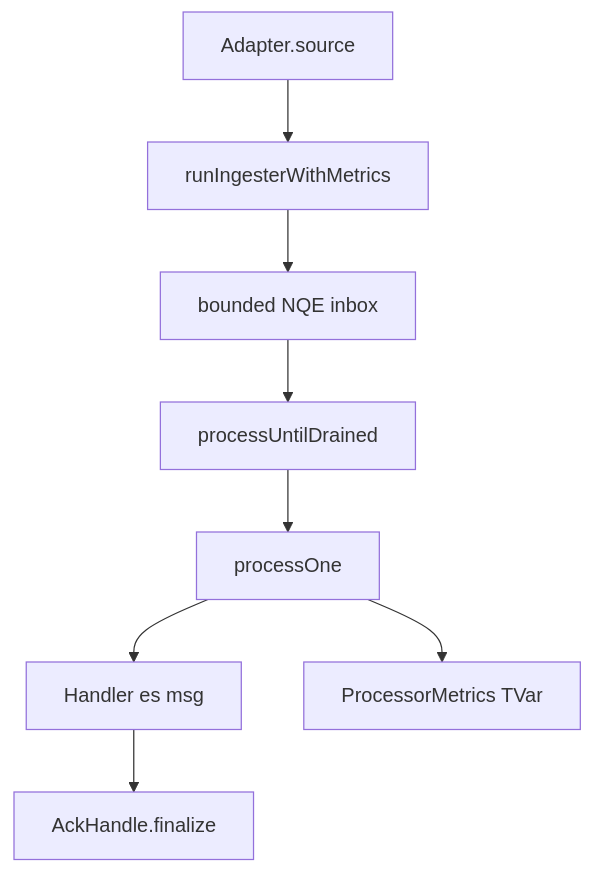
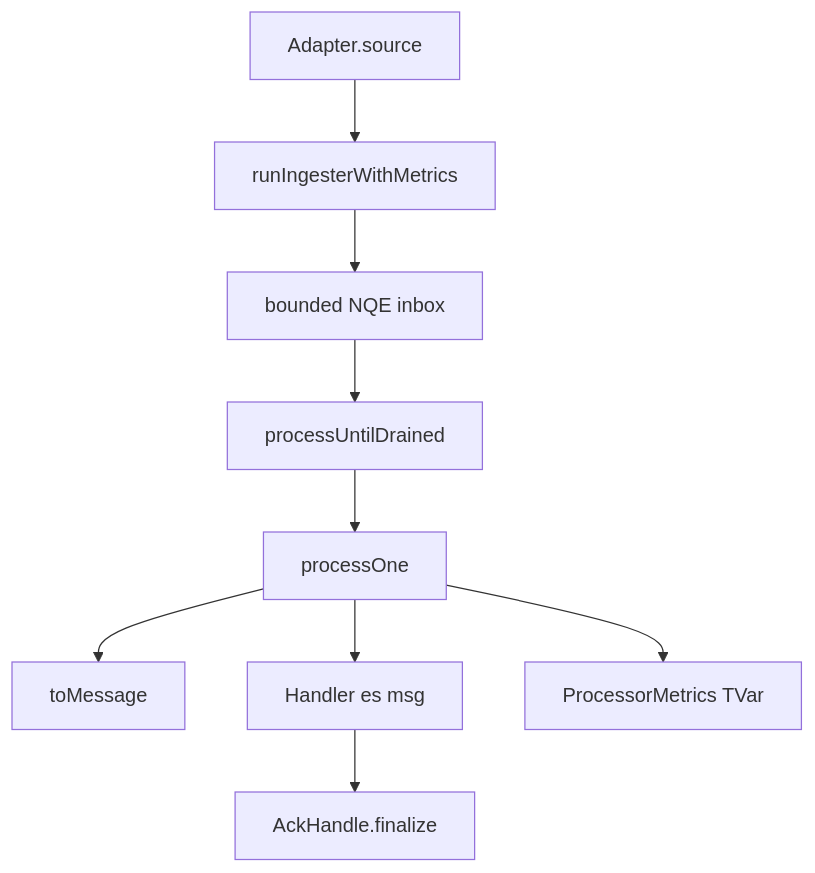
One commit to shinzui/keiro-runtime-docs changed the diagram in content/docs/shibuya/walkthrough/00-start-here.mdx. Above: the diagram before and after it, drawn with Mermaid. The commit also changed other lines of this file and 32 other files, not shown here.

````diff
--- a/content/docs/shibuya/walkthrough/00-start-here.mdx
+++ b/content/docs/shibuya/walkthrough/00-start-here.mdx
@@ -23,10 +25,11 @@
 ```mermaid
 flowchart TD
   Source["Adapter.source"] --> Ingester["runIngesterWithMetrics"]
   Ingester --> Inbox["bounded NQE inbox"]
   Inbox --> Processor["processUntilDrained"]
   Processor --> One["processOne"]
+  One --> Message["toMessage"]
   One --> Handler["Handler es msg"]
   Handler --> Finalize["AckHandle.finalize"]
   One --> Metrics["ProcessorMetrics TVar"]
 ```
````
